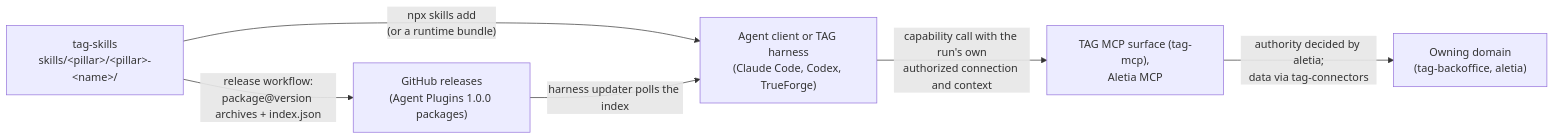
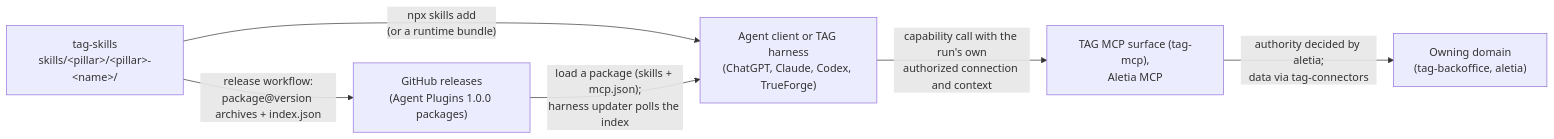
One commit to theapotheosisgroup/tag-skills changed the diagram in ARCHITECTURE.md. Above: the diagram before and after it, drawn with Mermaid. The commit also changed other lines of this file and 42 other files, not shown here.

First line of the commit message:
feat(packages): release back-office skills and TAG agents as Agent Plugins 1.0 packages with MCP servers (#8)

````diff
--- a/ARCHITECTURE.md
+++ b/ARCHITECTURE.md
@@ -5,8 +5,8 @@
 ```mermaid
 flowchart LR
-  repo["tag-skills<br/>skills/&lt;pillar&gt;/&lt;pillar&gt;-&lt;name&gt;/"] -- "npx skills add<br/>(or a runtime bundle)" --> client["Agent client or TAG harness<br/>(Claude Code, Codex, TrueForge)"]
+  repo["tag-skills<br/>skills/&lt;pillar&gt;/&lt;pillar&gt;-&lt;name&gt;/"] -- "npx skills add<br/>(or a runtime bundle)" --> client["Agent client or TAG harness<br/>(ChatGPT, Claude, Codex, TrueForge)"]
   repo -- "release workflow:<br/>package@version archives + index.json" --> releases["GitHub releases<br/>(Agent Plugins 1.0.0 packages)"]
-  releases -- "harness updater polls the index" --> client
+  releases -- "load a package (skills + mcp.json);<br/>harness updater polls the index" --> client
   client -- "capability call with the run's own<br/>authorized connection and context" --> mcp["TAG MCP surface (tag-mcp),<br/>Aletia MCP"]
   mcp -- "authority decided by aletia;<br/>data via tag-connectors" --> domain["Owning domain<br/>(tag-backoffice, aletia)"]
 ```
````
